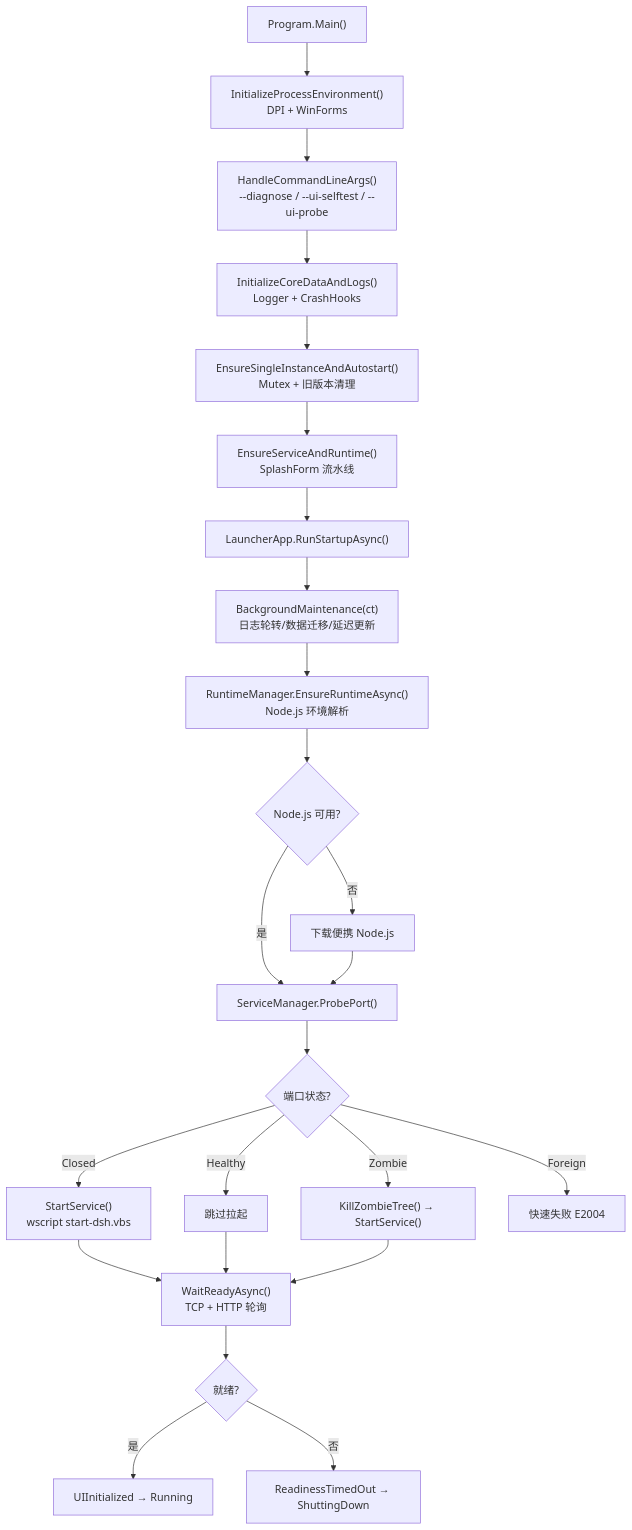
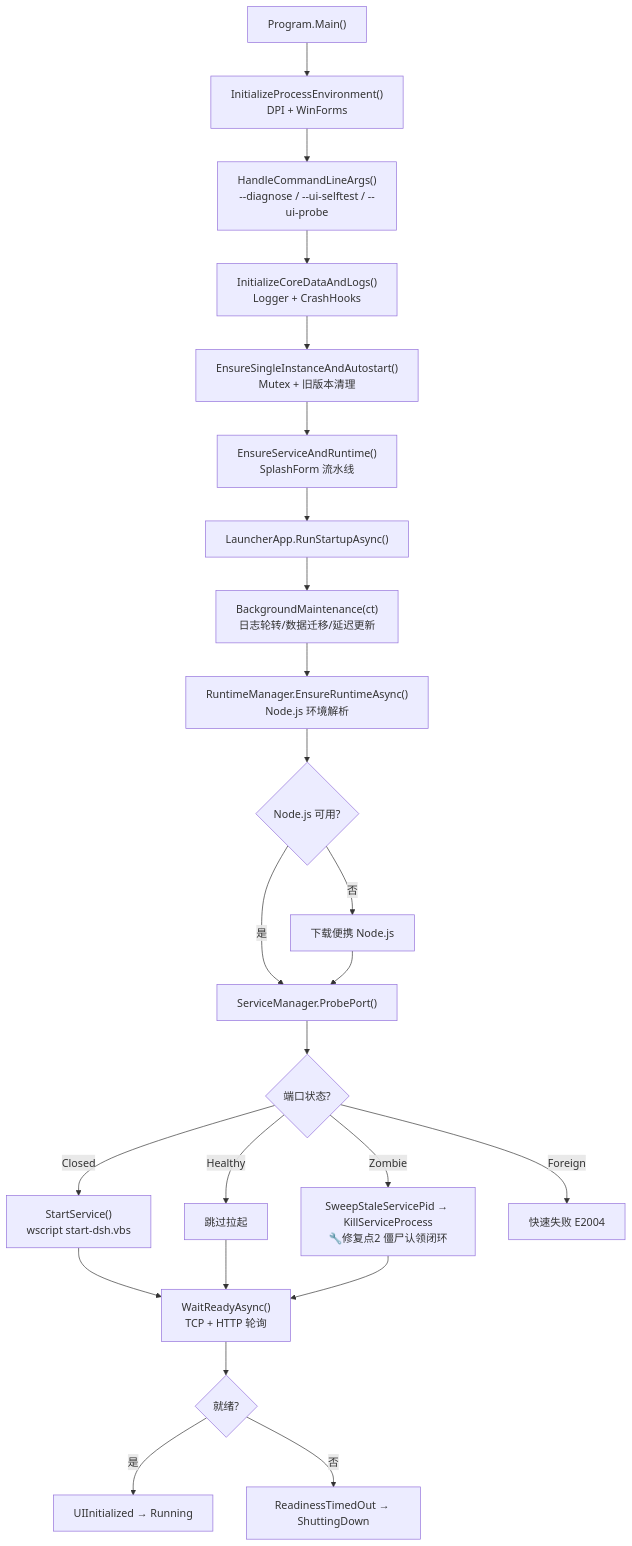
Before and after one commit to Ruler4396/dsh-launcher: the second of 5 diagrams in docs/SYSTEM_CAUSAL_MAP.md, drawn with Mermaid. The commit also changed other lines of this file and 14 other files, not shown here.

````diff
--- a/docs/SYSTEM_CAUSAL_MAP.md
+++ b/docs/SYSTEM_CAUSAL_MAP.md
@@ -96,26 +96,26 @@
 ```mermaid
 graph TD
     A["Program.Main()"] --> B["InitializeProcessEnvironment()<br/>DPI + WinForms"]
     B --> C["HandleCommandLineArgs()<br/>--diagnose / --ui-selftest / --ui-probe"]
     C --> D["InitializeCoreDataAndLogs()<br/>Logger + CrashHooks"]
     D --> E["EnsureSingleInstanceAndAutostart()<br/>Mutex + 旧版本清理"]
     E --> F["EnsureServiceAndRuntime()<br/>SplashForm 流水线"]
     F --> G["LauncherApp.RunStartupAsync()"]
     G --> H["BackgroundMaintenance(ct)<br/>日志轮转/数据迁移/延迟更新"]
     H --> I["RuntimeManager.EnsureRuntimeAsync()<br/>Node.js 环境解析"]
     I --> J{"Node.js 可用?"}
     J -->|"是"| K["ServiceManager.ProbePort()"]
     J -->|"否"| L["下载便携 Node.js"]
     L --> K
     K --> M{"端口状态?"}
     M -->|"Closed"| N["StartService()<br/>wscript start-dsh.vbs"]
     M -->|"Healthy"| O["跳过拉起"]
-    M -->|"Zombie"| P["KillZombieTree() → StartService()"]
+    M -->|"Zombie"| P["SweepStaleServicePid → KillServiceProcess<br/>🔧修复点2 僵尸认领闭环"]
     M -->|"Foreign"| Q["快速失败 E2004"]
     N --> R["WaitReadyAsync()<br/>TCP + HTTP 轮询"]
     O --> R
     P --> R
     R --> S{"就绪?"}
     S -->|"是"| T["UIInitialized → Running"]
     S -->|"否"| U["ReadinessTimedOut → ShuttingDown"]
 ```
````
